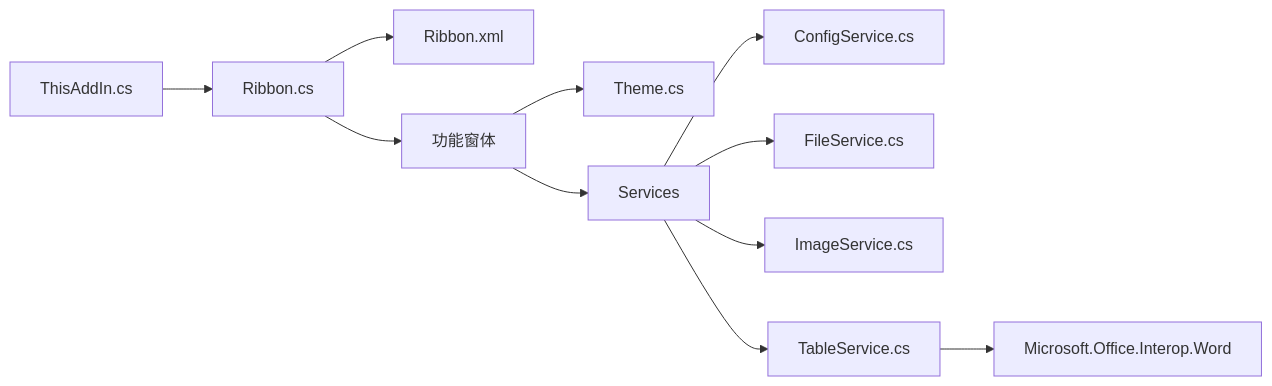
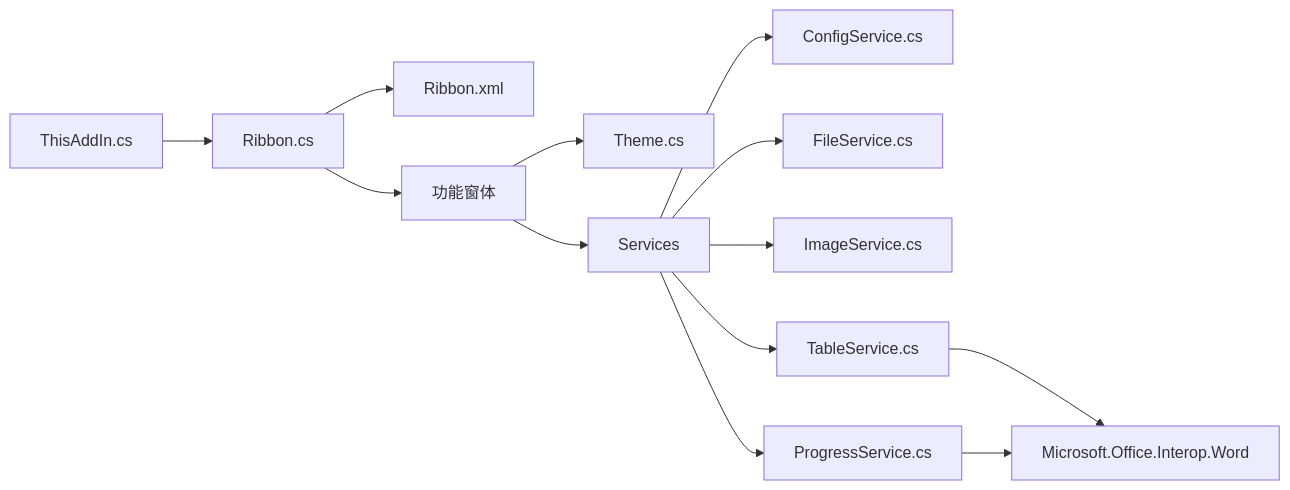
Diagram 13 of 13 in .qoder/repowiki/zh/content/架构设计/Ribbon界面系统.md (rainiva/WordTools), drawn with Mermaid before and after one commit. The commit also changed other lines of this file and 5 other files, not shown here.

````diff
--- a/.qoder/repowiki/zh/content/架构设计/Ribbon界面系统.md
+++ b/.qoder/repowiki/zh/content/架构设计/Ribbon界面系统.md
@@ -508,13 +571,15 @@
 ```mermaid
 graph LR
 Ribbon_cs["Ribbon.cs"] --> Ribbon_xml["Ribbon.xml"]
 Ribbon_cs --> Forms["功能窗体"]
 ThisAddIn_cs["ThisAddIn.cs"] --> Ribbon_cs
 Forms --> Theme_cs["Theme.cs"]
 Forms --> Services["Services"]
 Services --> ConfigService_cs["ConfigService.cs"]
 Services --> FileService_cs["FileService.cs"]
 Services --> ImageService_cs["ImageService.cs"]
 Services --> TableService_cs["TableService.cs"]
+Services --> ProgressService_cs["ProgressService.cs"]
 TableService_cs --> WordInterop["Microsoft.Office.Interop.Word"]
+ProgressService_cs --> WordInterop
 ```
````
